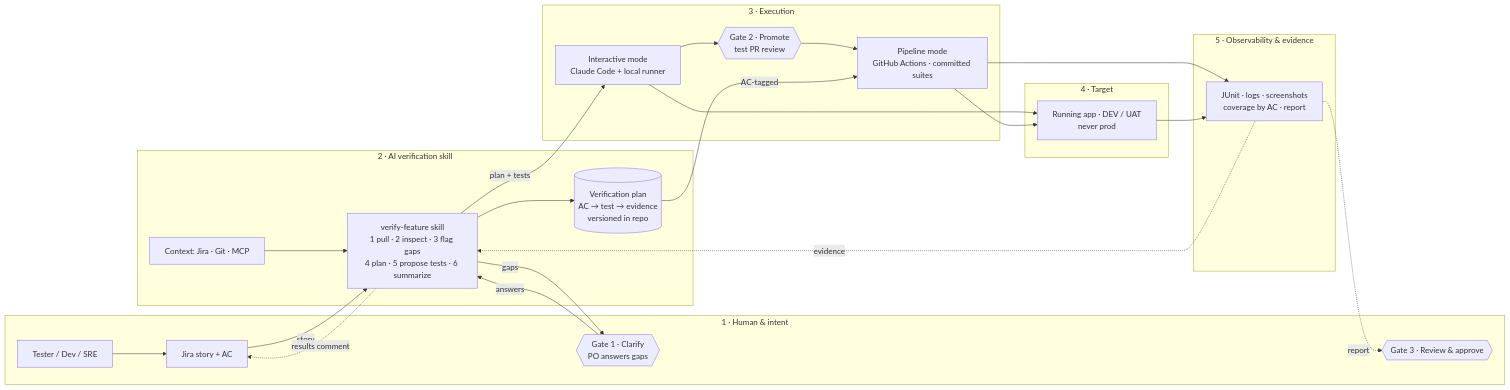
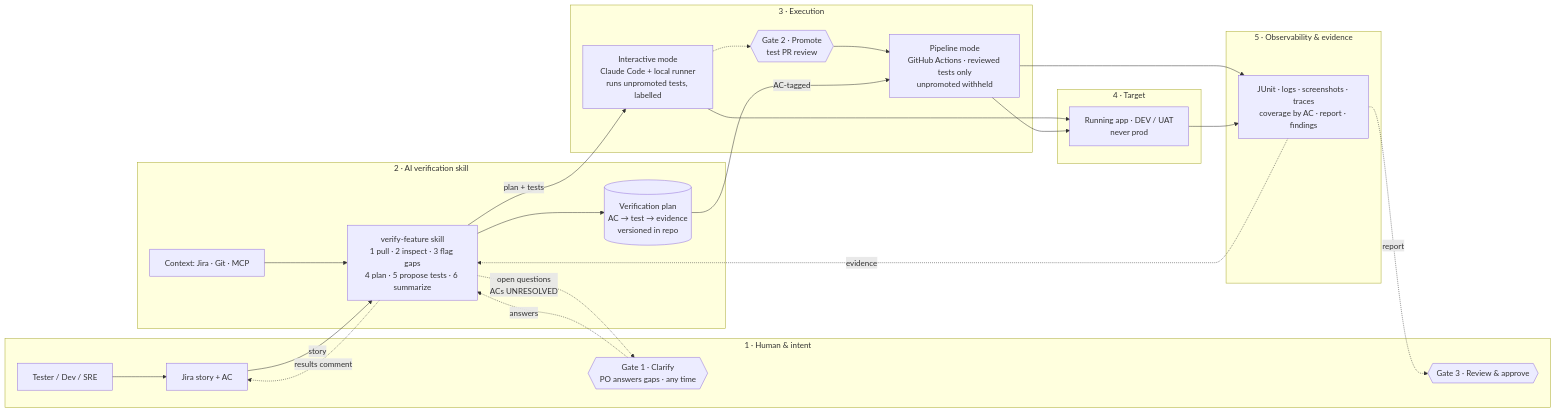
Before and after one commit to kendallmark3/ai-feature-verification: the diagram in docs/architecture.md, drawn with Mermaid. The commit also changed other lines of this file and 120 other files, not shown here.

````diff
--- a/docs/architecture.md
+++ b/docs/architecture.md
@@ -7,33 +9,33 @@
 ```mermaid
 flowchart LR
   subgraph H[1 · Human & intent]
     P[Tester / Dev / SRE] --> J[Jira story + AC]
-    G1{{Gate 1 · Clarify<br/>PO answers gaps}}
+    G1{{Gate 1 · Clarify<br/>PO answers gaps · any time}}
     G3{{Gate 3 · Review & approve}}
   end
   subgraph S[2 · AI verification skill]
     C[Context: Jira · Git · MCP] --> K[verify-feature skill<br/>1 pull · 2 inspect · 3 flag gaps<br/>4 plan · 5 propose tests · 6 summarize]
     K --> VP[(Verification plan<br/>AC → test → evidence<br/>versioned in repo)]
   end
   subgraph E[3 · Execution]
-    I[Interactive mode<br/>Claude Code + local runner] --> G2{{Gate 2 · Promote<br/>test PR review}}
-    G2 --> PL[Pipeline mode<br/>GitHub Actions · committed suites]
+    I[Interactive mode<br/>Claude Code + local runner<br/>runs unpromoted tests, labelled] -.-> G2{{Gate 2 · Promote<br/>test PR review}}
+    G2 --> PL[Pipeline mode<br/>GitHub Actions · reviewed tests only<br/>unpromoted withheld]
   end
   subgraph T[4 · Target]
     APP[Running app · DEV / UAT<br/>never prod]
   end
   subgraph O[5 · Observability & evidence]
-    EV[JUnit · logs · screenshots<br/>coverage by AC · report]
+    EV[JUnit · logs · screenshots · traces<br/>coverage by AC · report · findings]
   end
   J -->|story| K
-  K -->|gaps| G1 -->|answers| K
+  K -.->|open questions<br/>ACs UNRESOLVED| G1 -.->|answers| K
   K -->|plan + tests| I
   VP -->|AC-tagged| PL
   I --> APP
   PL --> APP
   PL --> EV
   APP --> EV
   EV -.->|evidence| K
   K -.->|results comment| J
   EV -.->|report| G3
 ```
````
